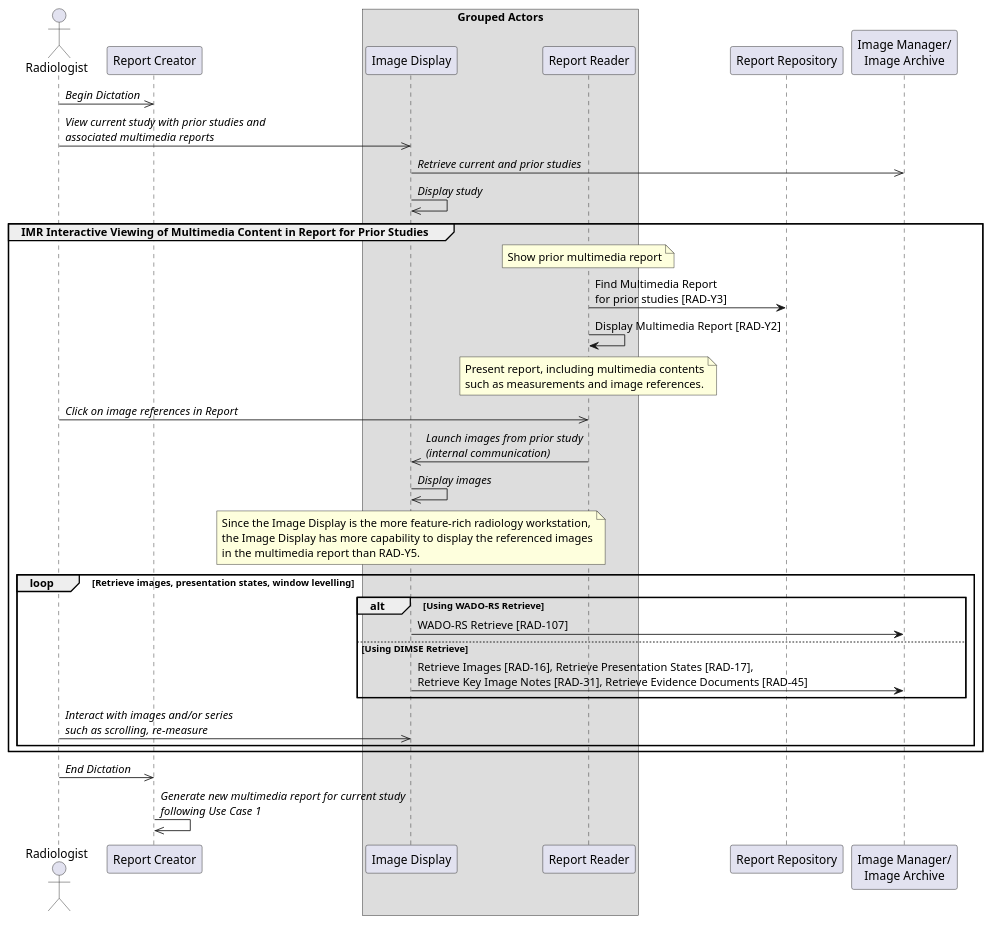
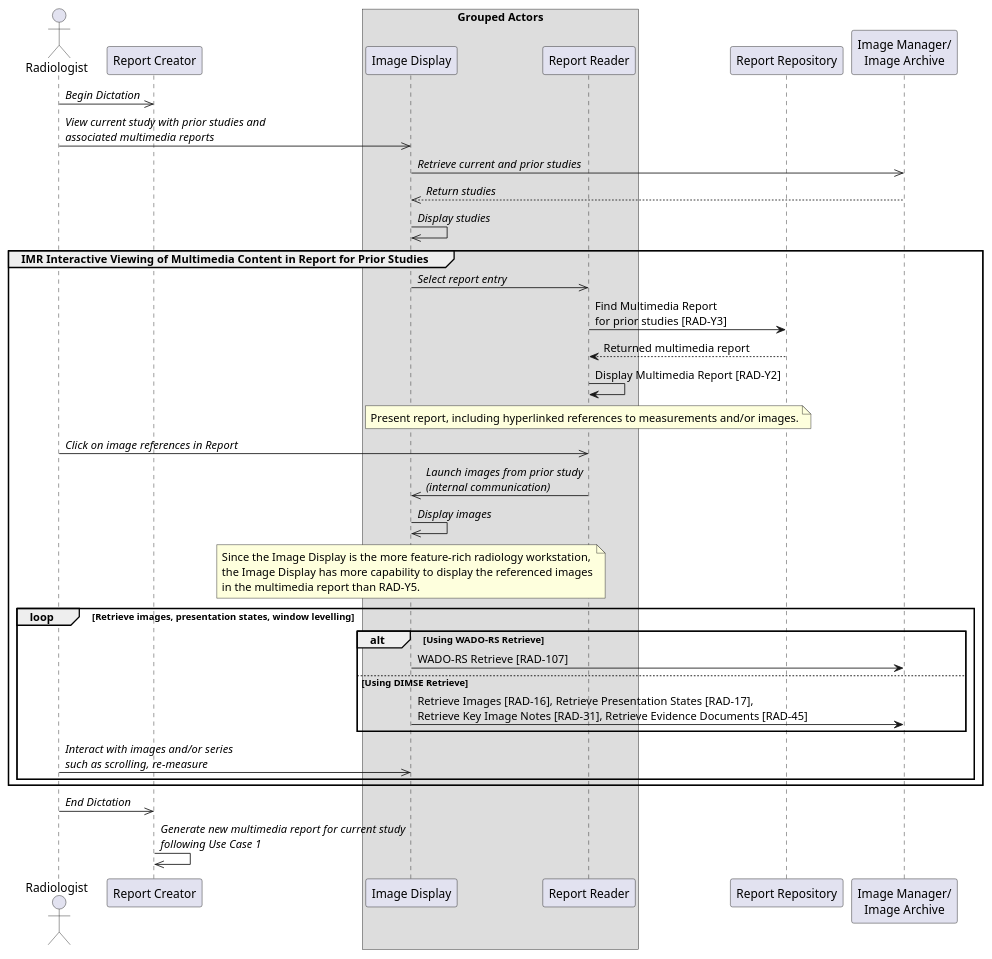
One commit to IHE/RAD.IMR changed the diagram in input/images-source/uc5-presenting-interactive-report-PACS.plantuml. Above: the diagram before and after it, drawn with PlantUML. The commit also changed 4 other files, not shown here.

Commit message:
Updated diagrams based on public comments.

```diff
--- a/input/images-source/uc5-presenting-interactive-report-PACS.plantuml
+++ b/input/images-source/uc5-presenting-interactive-report-PACS.plantuml
@@ -1,55 +1,56 @@
 @startuml
 
 actor Radiologist as Radiologist
 
 participant "Report Creator" as RCreator
 
 box Grouped Actors
 participant "Image Display" as Display
 participant "Report Reader" as Reader
 end box
 
 participant "Report Repository" as Repo
 participant "Image Manager/\nImage Archive" as Archive
 
 Radiologist->>RCreator: //Begin Dictation//
 Radiologist->>Display: //View current study with prior studies and//\n//associated multimedia reports//
 Display->>Archive: //Retrieve current and prior studies//
-Display->>Display: //Display study//
+Archive-->>Display: //Return studies//
+Display->>Display: //Display studies//
 
 group IMR Interactive Viewing of Multimedia Content in Report for Prior Studies
-note over Reader: Show prior multimedia report
+Display->>Reader: //Select report entry//
 Reader->Repo: Find Multimedia Report\nfor prior studies [RAD-Y3]
+Repo-->Reader: Returned multimedia report
 Reader->Reader: Display Multimedia Report [RAD-Y2]
 
 note over Reader
-Present report, including multimedia contents
-such as measurements and image references.
+Present report, including hyperlinked references to measurements and/or images.
 end note
 
 Radiologist->>Reader: //Click on image references in Report//
 Reader->>Display: //Launch images from prior study//\n//(internal communication)//
 Display->>Display: //Display images//
 note over Display
 Since the Image Display is the more feature-rich radiology workstation,
 the Image Display has more capability to display the referenced images
 in the multimedia report than RAD-Y5.
 end note
 
 loop Retrieve images, presentation states, window levelling
 alt Using WADO-RS Retrieve
 Display->Archive: WADO-RS Retrieve [RAD-107]
 else Using DIMSE Retrieve
 Display->Archive: Retrieve Images [RAD-16], Retrieve Presentation States [RAD-17],\nRetrieve Key Image Notes [RAD-31], Retrieve Evidence Documents [RAD-45]
 end
 
 Radiologist->>Display: //Interact with images and/or series//\n//such as scrolling, re-measure//
 end loop
 
 end
 
 Radiologist->>RCreator: //End Dictation//
 RCreator->>RCreator: //Generate new multimedia report for current study//\n//following Use Case 1//
 
 
 @enduml
```
